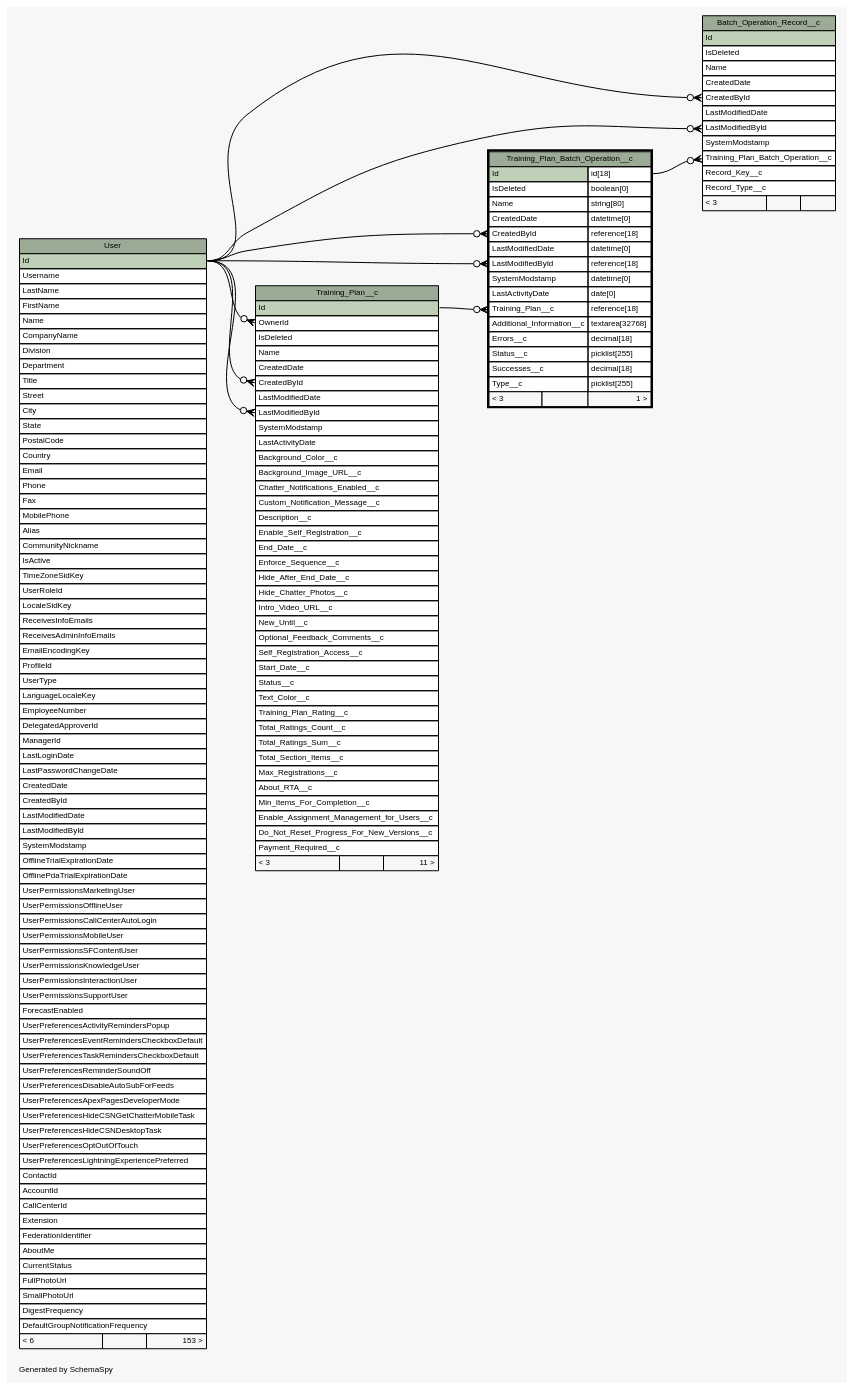
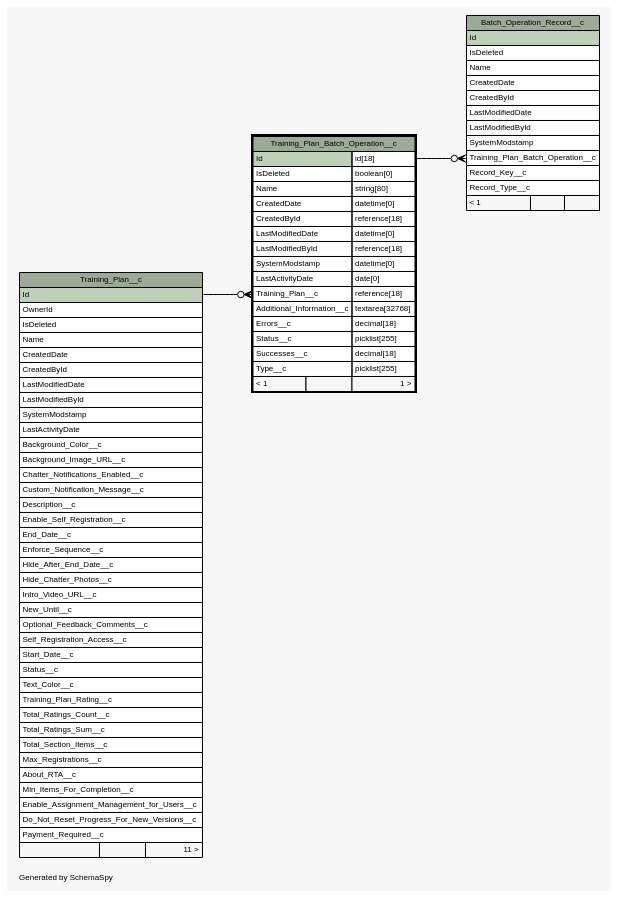
One commit to ScormAnywhere/learntrac.github.io changed the diagram in diagrams/Training_Plan_Batch_Operation__c.1degree.dot. Above: the diagram before and after it, drawn with Graphviz. The commit also changed 289 other files, not shown here.

```diff
--- a/diagrams/Training_Plan_Batch_Operation__c.1degree.dot
+++ b/diagrams/Training_Plan_Batch_Operation__c.1degree.dot
@@ -19,14 +19,7 @@
   edge [
     arrowsize="0.8"
   ];
-  "Batch_Operation_Record__c":"CreatedById":w -> "User":"Id":e [arrowhead=none dir=back arrowtail=crowodot];
-  "Batch_Operation_Record__c":"LastModifiedById":w -> "User":"Id":e [arrowhead=none dir=back arrowtail=crowodot];
   "Batch_Operation_Record__c":"Training_Plan_Batch_Operation__c":w -> "Training_Plan_Batch_Operation__c":"Id.type":e [arrowhead=none dir=back arrowtail=crowodot];
-  "Training_Plan__c":"CreatedById":w -> "User":"Id":e [arrowhead=none dir=back arrowtail=crowodot];
-  "Training_Plan__c":"LastModifiedById":w -> "User":"Id":e [arrowhead=none dir=back arrowtail=crowodot];
-  "Training_Plan__c":"OwnerId":w -> "User":"Id":e [arrowhead=none dir=back arrowtail=crowodot];
-  "Training_Plan_Batch_Operation__c":"CreatedById":w -> "User":"Id":e [arrowhead=none dir=back arrowtail=crowodot];
-  "Training_Plan_Batch_Operation__c":"LastModifiedById":w -> "User":"Id":e [arrowhead=none dir=back arrowtail=crowodot];
   "Training_Plan_Batch_Operation__c":"Training_Plan__c":w -> "Training_Plan__c":"Id":e [arrowhead=none dir=back arrowtail=crowodot];
   "Batch_Operation_Record__c" [
     label=<
@@ -43,7 +36,7 @@
       <TR><TD PORT="Training_Plan_Batch_Operation__c" COLSPAN="3" ALIGN="LEFT">Training_Plan_Batch_Operation__c</TD></TR>
       <TR><TD PORT="Record_Key__c" COLSPAN="3" ALIGN="LEFT">Record_Key__c</TD></TR>
       <TR><TD PORT="Record_Type__c" COLSPAN="3" ALIGN="LEFT">Record_Type__c</TD></TR>
-      <TR><TD ALIGN="LEFT" BGCOLOR="#f7f7f7">&lt; 3</TD><TD ALIGN="RIGHT" BGCOLOR="#f7f7f7">  </TD><TD ALIGN="RIGHT" BGCOLOR="#f7f7f7">  </TD></TR>
+      <TR><TD ALIGN="LEFT" BGCOLOR="#f7f7f7">&lt; 1</TD><TD ALIGN="RIGHT" BGCOLOR="#f7f7f7">  </TD><TD ALIGN="RIGHT" BGCOLOR="#f7f7f7">  </TD></TR>
     </TABLE>>
     URL="Batch_Operation_Record__c.html"
     tooltip="Batch_Operation_Record__c"
@@ -89,7 +82,7 @@
       <TR><TD PORT="Enable_Assignment_Management_for_Users__c" COLSPAN="3" ALIGN="LEFT">Enable_Assignment_Management_for_Users__c</TD></TR>
       <TR><TD PORT="Do_Not_Reset_Progress_For_New_Versions__c" COLSPAN="3" ALIGN="LEFT">Do_Not_Reset_Progress_For_New_Versions__c</TD></TR>
       <TR><TD PORT="Payment_Required__c" COLSPAN="3" ALIGN="LEFT">Payment_Required__c</TD></TR>
-      <TR><TD ALIGN="LEFT" BGCOLOR="#f7f7f7">&lt; 3</TD><TD ALIGN="RIGHT" BGCOLOR="#f7f7f7">  </TD><TD ALIGN="RIGHT" BGCOLOR="#f7f7f7">11 &gt;</TD></TR>
+      <TR><TD ALIGN="LEFT" BGCOLOR="#f7f7f7">  </TD><TD ALIGN="RIGHT" BGCOLOR="#f7f7f7">  </TD><TD ALIGN="RIGHT" BGCOLOR="#f7f7f7">11 &gt;</TD></TR>
     </TABLE>>
     URL="Training_Plan__c.html"
     tooltip="Training_Plan__c"
@@ -113,90 +106,9 @@
       <TR><TD PORT="Status__c" COLSPAN="2" ALIGN="LEFT">Status__c</TD><TD PORT="Status__c.type" ALIGN="LEFT">picklist[255]</TD></TR>
       <TR><TD PORT="Successes__c" COLSPAN="2" ALIGN="LEFT">Successes__c</TD><TD PORT="Successes__c.type" ALIGN="LEFT">decimal[18]</TD></TR>
       <TR><TD PORT="Type__c" COLSPAN="2" ALIGN="LEFT">Type__c</TD><TD PORT="Type__c.type" ALIGN="LEFT">picklist[255]</TD></TR>
-      <TR><TD ALIGN="LEFT" BGCOLOR="#f7f7f7">&lt; 3</TD><TD ALIGN="RIGHT" BGCOLOR="#f7f7f7">  </TD><TD ALIGN="RIGHT" BGCOLOR="#f7f7f7">1 &gt;</TD></TR>
+      <TR><TD ALIGN="LEFT" BGCOLOR="#f7f7f7">&lt; 1</TD><TD ALIGN="RIGHT" BGCOLOR="#f7f7f7">  </TD><TD ALIGN="RIGHT" BGCOLOR="#f7f7f7">1 &gt;</TD></TR>
     </TABLE>>
     URL="Training_Plan_Batch_Operation__c.html"
     tooltip="Training_Plan_Batch_Operation__c"
   ];
-  "User" [
-    label=<
-    <TABLE BORDER="0" CELLBORDER="1" CELLSPACING="0" BGCOLOR="#ffffff">
-      <TR><TD COLSPAN="3" BGCOLOR="#9bab96" ALIGN="CENTER">User</TD></TR>
-      <TR><TD PORT="Id" COLSPAN="3" BGCOLOR="#bed1b8" ALIGN="LEFT">Id</TD></TR>
-      <TR><TD PORT="Username" COLSPAN="3" ALIGN="LEFT">Username</TD></TR>
-      <TR><TD PORT="LastName" COLSPAN="3" ALIGN="LEFT">LastName</TD></TR>
-      <TR><TD PORT="FirstName" COLSPAN="3" ALIGN="LEFT">FirstName</TD></TR>
-      <TR><TD PORT="Name" COLSPAN="3" ALIGN="LEFT">Name</TD></TR>
-      <TR><TD PORT="CompanyName" COLSPAN="3" ALIGN="LEFT">CompanyName</TD></TR>
-      <TR><TD PORT="Division" COLSPAN="3" ALIGN="LEFT">Division</TD></TR>
-      <TR><TD PORT="Department" COLSPAN="3" ALIGN="LEFT">Department</TD></TR>
-      <TR><TD PORT="Title" COLSPAN="3" ALIGN="LEFT">Title</TD></TR>
-      <TR><TD PORT="Street" COLSPAN="3" ALIGN="LEFT">Street</TD></TR>
-      <TR><TD PORT="City" COLSPAN="3" ALIGN="LEFT">City</TD></TR>
-      <TR><TD PORT="State" COLSPAN="3" ALIGN="LEFT">State</TD></TR>
-      <TR><TD PORT="PostalCode" COLSPAN="3" ALIGN="LEFT">PostalCode</TD></TR>
-      <TR><TD PORT="Country" COLSPAN="3" ALIGN="LEFT">Country</TD></TR>
-      <TR><TD PORT="Email" COLSPAN="3" ALIGN="LEFT">Email</TD></TR>
-      <TR><TD PORT="Phone" COLSPAN="3" ALIGN="LEFT">Phone</TD></TR>
-      <TR><TD PORT="Fax" COLSPAN="3" ALIGN="LEFT">Fax</TD></TR>
-      <TR><TD PORT="MobilePhone" COLSPAN="3" ALIGN="LEFT">MobilePhone</TD></TR>
-      <TR><TD PORT="Alias" COLSPAN="3" ALIGN="LEFT">Alias</TD></TR>
-      <TR><TD PORT="CommunityNickname" COLSPAN="3" ALIGN="LEFT">CommunityNickname</TD></TR>
-      <TR><TD PORT="IsActive" COLSPAN="3" ALIGN="LEFT">IsActive</TD></TR>
-      <TR><TD PORT="TimeZoneSidKey" COLSPAN="3" ALIGN="LEFT">TimeZoneSidKey</TD></TR>
-      <TR><TD PORT="UserRoleId" COLSPAN="3" ALIGN="LEFT">UserRoleId</TD></TR>
-      <TR><TD PORT="LocaleSidKey" COLSPAN="3" ALIGN="LEFT">LocaleSidKey</TD></TR>
-      <TR><TD PORT="ReceivesInfoEmails" COLSPAN="3" ALIGN="LEFT">ReceivesInfoEmails</TD></TR>
-      <TR><TD PORT="ReceivesAdminInfoEmails" COLSPAN="3" ALIGN="LEFT">ReceivesAdminInfoEmails</TD></TR>
-      <TR><TD PORT="EmailEncodingKey" COLSPAN="3" ALIGN="LEFT">EmailEncodingKey</TD></TR>
-      <TR><TD PORT="ProfileId" COLSPAN="3" ALIGN="LEFT">ProfileId</TD></TR>
-      <TR><TD PORT="UserType" COLSPAN="3" ALIGN="LEFT">UserType</TD></TR>
-      <TR><TD PORT="LanguageLocaleKey" COLSPAN="3" ALIGN="LEFT">LanguageLocaleKey</TD></TR>
-      <TR><TD PORT="EmployeeNumber" COLSPAN="3" ALIGN="LEFT">EmployeeNumber</TD></TR>
-      <TR><TD PORT="DelegatedApproverId" COLSPAN="3" ALIGN="LEFT">DelegatedApproverId</TD></TR>
-      <TR><TD PORT="ManagerId" COLSPAN="3" ALIGN="LEFT">ManagerId</TD></TR>
-      <TR><TD PORT="LastLoginDate" COLSPAN="3" ALIGN="LEFT">LastLoginDate</TD></TR>
-      <TR><TD PORT="LastPasswordChangeDate" COLSPAN="3" ALIGN="LEFT">LastPasswordChangeDate</TD></TR>
-      <TR><TD PORT="CreatedDate" COLSPAN="3" ALIGN="LEFT">CreatedDate</TD></TR>
-      <TR><TD PORT="CreatedById" COLSPAN="3" ALIGN="LEFT">CreatedById</TD></TR>
-      <TR><TD PORT="LastModifiedDate" COLSPAN="3" ALIGN="LEFT">LastModifiedDate</TD></TR>
-      <TR><TD PORT="LastModifiedById" COLSPAN="3" ALIGN="LEFT">LastModifiedById</TD></TR>
-      <TR><TD PORT="SystemModstamp" COLSPAN="3" ALIGN="LEFT">SystemModstamp</TD></TR>
-      <TR><TD PORT="OfflineTrialExpirationDate" COLSPAN="3" ALIGN="LEFT">OfflineTrialExpirationDate</TD></TR>
-      <TR><TD PORT="OfflinePdaTrialExpirationDate" COLSPAN="3" ALIGN="LEFT">OfflinePdaTrialExpirationDate</TD></TR>
-      <TR><TD PORT="UserPermissionsMarketingUser" COLSPAN="3" ALIGN="LEFT">UserPermissionsMarketingUser</TD></TR>
-      <TR><TD PORT="UserPermissionsOfflineUser" COLSPAN="3" ALIGN="LEFT">UserPermissionsOfflineUser</TD></TR>
-      <TR><TD PORT="UserPermissionsCallCenterAutoLogin" COLSPAN="3" ALIGN="LEFT">UserPermissionsCallCenterAutoLogin</TD></TR>
-      <TR><TD PORT="UserPermissionsMobileUser" COLSPAN="3" ALIGN="LEFT">UserPermissionsMobileUser</TD></TR>
-      <TR><TD PORT="UserPermissionsSFContentUser" COLSPAN="3" ALIGN="LEFT">UserPermissionsSFContentUser</TD></TR>
-      <TR><TD PORT="UserPermissionsKnowledgeUser" COLSPAN="3" ALIGN="LEFT">UserPermissionsKnowledgeUser</TD></TR>
-      <TR><TD PORT="UserPermissionsInteractionUser" COLSPAN="3" ALIGN="LEFT">UserPermissionsInteractionUser</TD></TR>
-      <TR><TD PORT="UserPermissionsSupportUser" COLSPAN="3" ALIGN="LEFT">UserPermissionsSupportUser</TD></TR>
-      <TR><TD PORT="ForecastEnabled" COLSPAN="3" ALIGN="LEFT">ForecastEnabled</TD></TR>
-      <TR><TD PORT="UserPreferencesActivityRemindersPopup" COLSPAN="3" ALIGN="LEFT">UserPreferencesActivityRemindersPopup</TD></TR>
-      <TR><TD PORT="UserPreferencesEventRemindersCheckboxDefault" COLSPAN="3" ALIGN="LEFT">UserPreferencesEventRemindersCheckboxDefault</TD></TR>
-      <TR><TD PORT="UserPreferencesTaskRemindersCheckboxDefault" COLSPAN="3" ALIGN="LEFT">UserPreferencesTaskRemindersCheckboxDefault</TD></TR>
-      <TR><TD PORT="UserPreferencesReminderSoundOff" COLSPAN="3" ALIGN="LEFT">UserPreferencesReminderSoundOff</TD></TR>
-      <TR><TD PORT="UserPreferencesDisableAutoSubForFeeds" COLSPAN="3" ALIGN="LEFT">UserPreferencesDisableAutoSubForFeeds</TD></TR>
-      <TR><TD PORT="UserPreferencesApexPagesDeveloperMode" COLSPAN="3" ALIGN="LEFT">UserPreferencesApexPagesDeveloperMode</TD></TR>
-      <TR><TD PORT="UserPreferencesHideCSNGetChatterMobileTask" COLSPAN="3" ALIGN="LEFT">UserPreferencesHideCSNGetChatterMobileTask</TD></TR>
-      <TR><TD PORT="UserPreferencesHideCSNDesktopTask" COLSPAN="3" ALIGN="LEFT">UserPreferencesHideCSNDesktopTask</TD></TR>
-      <TR><TD PORT="UserPreferencesOptOutOfTouch" COLSPAN="3" ALIGN="LEFT">UserPreferencesOptOutOfTouch</TD></TR>
-      <TR><TD PORT="UserPreferencesLightningExperiencePreferred" COLSPAN="3" ALIGN="LEFT">UserPreferencesLightningExperiencePreferred</TD></TR>
-      <TR><TD PORT="ContactId" COLSPAN="3" ALIGN="LEFT">ContactId</TD></TR>
-      <TR><TD PORT="AccountId" COLSPAN="3" ALIGN="LEFT">AccountId</TD></TR>
-      <TR><TD PORT="CallCenterId" COLSPAN="3" ALIGN="LEFT">CallCenterId</TD></TR>
-      <TR><TD PORT="Extension" COLSPAN="3" ALIGN="LEFT">Extension</TD></TR>
-      <TR><TD PORT="FederationIdentifier" COLSPAN="3" ALIGN="LEFT">FederationIdentifier</TD></TR>
-      <TR><TD PORT="AboutMe" COLSPAN="3" ALIGN="LEFT">AboutMe</TD></TR>
-      <TR><TD PORT="CurrentStatus" COLSPAN="3" ALIGN="LEFT">CurrentStatus</TD></TR>
-      <TR><TD PORT="FullPhotoUrl" COLSPAN="3" ALIGN="LEFT">FullPhotoUrl</TD></TR>
-      <TR><TD PORT="SmallPhotoUrl" COLSPAN="3" ALIGN="LEFT">SmallPhotoUrl</TD></TR>
-      <TR><TD PORT="DigestFrequency" COLSPAN="3" ALIGN="LEFT">DigestFrequency</TD></TR>
-      <TR><TD PORT="DefaultGroupNotificationFrequency" COLSPAN="3" ALIGN="LEFT">DefaultGroupNotificationFrequency</TD></TR>
-      <TR><TD ALIGN="LEFT" BGCOLOR="#f7f7f7">&lt; 6</TD><TD ALIGN="RIGHT" BGCOLOR="#f7f7f7">  </TD><TD ALIGN="RIGHT" BGCOLOR="#f7f7f7">153 &gt;</TD></TR>
-    </TABLE>>
-    URL="User.html"
-    tooltip="User"
-  ];
 }
```
